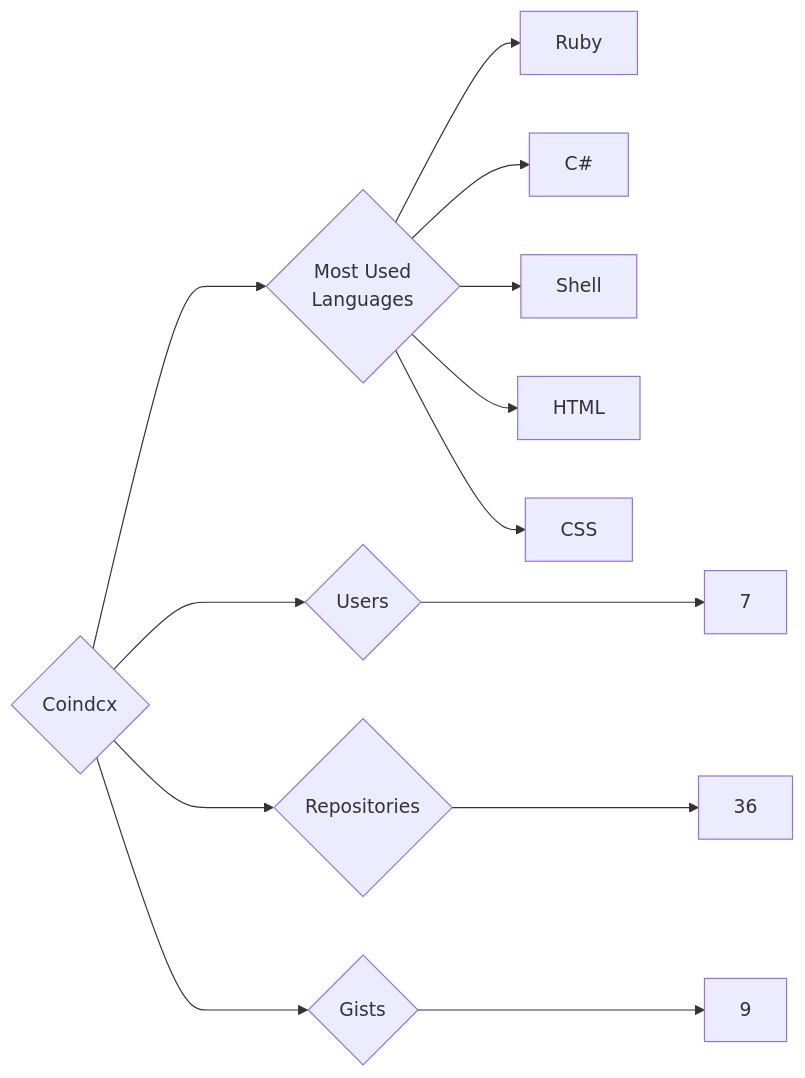
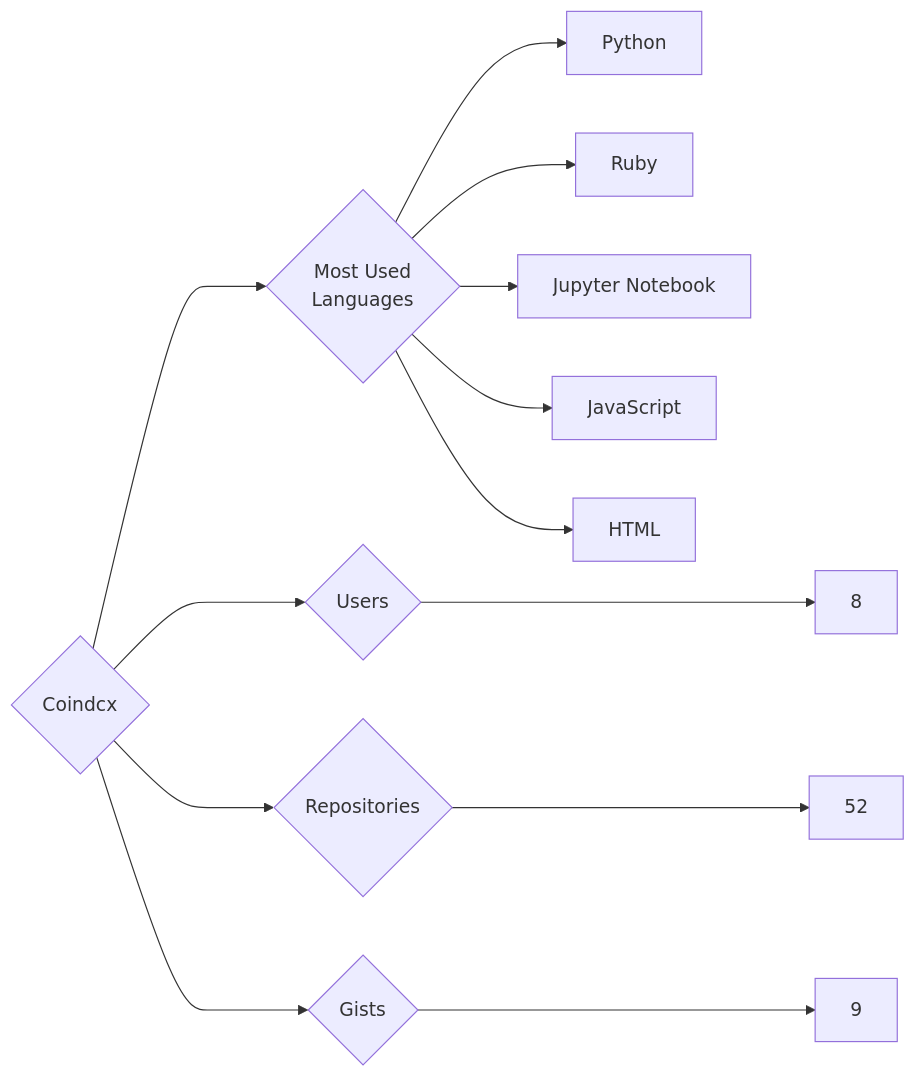
One commit to trickest/insiders changed the diagram in targets/Coindcx/README.md. Above: the diagram before and after it, drawn with Mermaid. The commit also changed 1170 other files, not shown here.

````diff
--- a/targets/Coindcx/README.md
+++ b/targets/Coindcx/README.md
@@ -3,13 +3,13 @@
 ```mermaid
 graph LR
 COMPANY_NAME{Coindcx}
-COMPANY_NAME ---> U{Users} ---> UN[7]
-COMPANY_NAME ---> R{Repositories} ---> RN[36]
+COMPANY_NAME ---> U{Users} ---> UN[8]
+COMPANY_NAME ---> R{Repositories} ---> RN[52]
 COMPANY_NAME ---> G{Gists} ---> GN[9]
 COMPANY_NAME ---> ML{Most Used<br>Languages}
+ML --> Python[Python]
 ML --> Ruby[Ruby]
-ML --> C#[C#]
-ML --> Shell[Shell]
+ML --> Jupyter_Notebook[Jupyter Notebook]
+ML --> JavaScript[JavaScript]
 ML --> HTML[HTML]
-ML --> CSS[CSS]
 ```
````
